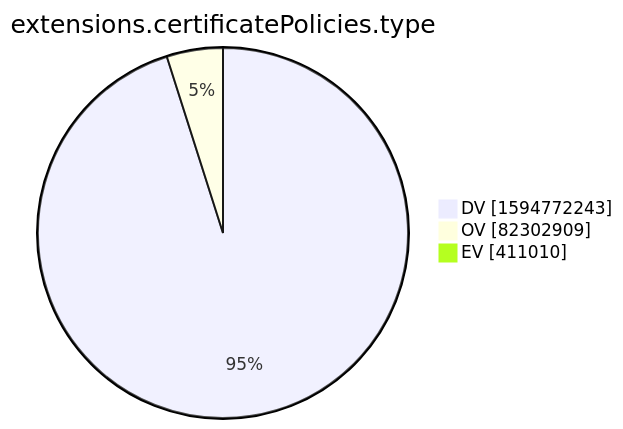
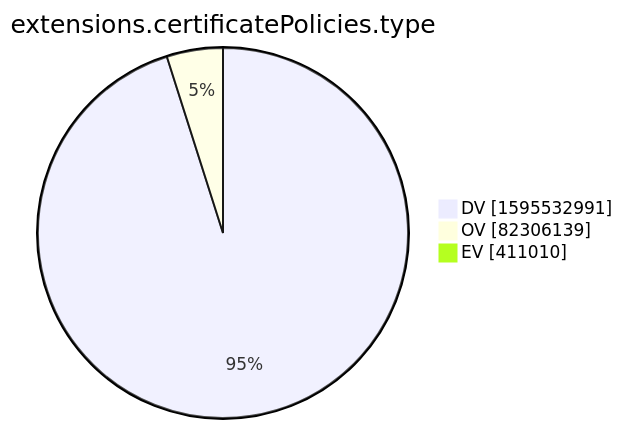
The tenth of 15 diagrams in xenon2022/README.md (christiankrug/ctmonitor_visualization), drawn with Mermaid before and after one commit. The commit also changed other lines of this file, not shown here.

````diff
--- a/xenon2022/README.md
+++ b/xenon2022/README.md
@@ -2878,7 +2878,7 @@
 ```mermaid
 pie showData
 title extensions.certificatePolicies.type
-"DV" :1594772243
-"OV" :82302909
+"DV" :1595532991
+"OV" :82306139
 "EV" :411010
 ```
````
